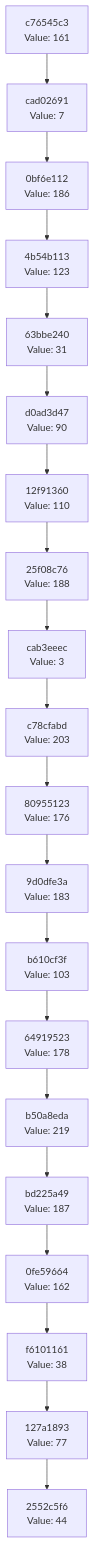
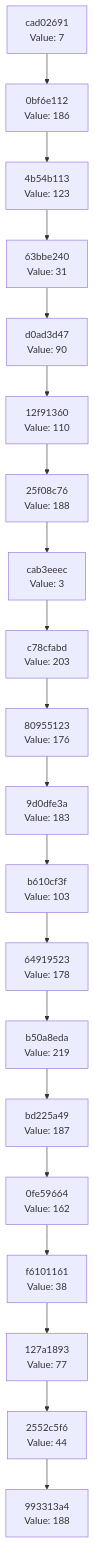
The diagram in docs/CHAIN_VISUALIZATION.md (Abhisheksinha1506/hash-chain-evolver), drawn with Mermaid before and after one commit. The commit also changed 2 other files, not shown here.

Commit message:
Evolution step: hash 0xBC → action executed

````diff
--- a/docs/CHAIN_VISUALIZATION.md
+++ b/docs/CHAIN_VISUALIZATION.md
@@ -3,42 +3,42 @@
 ```mermaid
 graph TD
-    C0["2552c5f6<br/>Value: 44"]
-    C1["127a1893<br/>Value: 77"]
+    C0["993313a4<br/>Value: 188"]
+    C1["2552c5f6<br/>Value: 44"]
     C1 --> C0
-    C2["f6101161<br/>Value: 38"]
+    C2["127a1893<br/>Value: 77"]
     C2 --> C1
-    C3["0fe59664<br/>Value: 162"]
+    C3["f6101161<br/>Value: 38"]
     C3 --> C2
-    C4["bd225a49<br/>Value: 187"]
+    C4["0fe59664<br/>Value: 162"]
     C4 --> C3
-    C5["b50a8eda<br/>Value: 219"]
+    C5["bd225a49<br/>Value: 187"]
     C5 --> C4
-    C6["64919523<br/>Value: 178"]
+    C6["b50a8eda<br/>Value: 219"]
     C6 --> C5
-    C7["b610cf3f<br/>Value: 103"]
+    C7["64919523<br/>Value: 178"]
     C7 --> C6
-    C8["9d0dfe3a<br/>Value: 183"]
+    C8["b610cf3f<br/>Value: 103"]
     C8 --> C7
-    C9["80955123<br/>Value: 176"]
+    C9["9d0dfe3a<br/>Value: 183"]
     C9 --> C8
-    C10["c78cfabd<br/>Value: 203"]
+    C10["80955123<br/>Value: 176"]
     C10 --> C9
-    C11["cab3eeec<br/>Value: 3"]
+    C11["c78cfabd<br/>Value: 203"]
     C11 --> C10
-    C12["25f08c76<br/>Value: 188"]
+    C12["cab3eeec<br/>Value: 3"]
     C12 --> C11
-    C13["12f91360<br/>Value: 110"]
+    C13["25f08c76<br/>Value: 188"]
     C13 --> C12
-    C14["d0ad3d47<br/>Value: 90"]
+    C14["12f91360<br/>Value: 110"]
     C14 --> C13
-    C15["63bbe240<br/>Value: 31"]
+    C15["d0ad3d47<br/>Value: 90"]
     C15 --> C14
-    C16["4b54b113<br/>Value: 123"]
+    C16["63bbe240<br/>Value: 31"]
     C16 --> C15
-    C17["0bf6e112<br/>Value: 186"]
+    C17["4b54b113<br/>Value: 123"]
     C17 --> C16
-    C18["cad02691<br/>Value: 7"]
+    C18["0bf6e112<br/>Value: 186"]
     C18 --> C17
-    C19["c76545c3<br/>Value: 161"]
+    C19["cad02691<br/>Value: 7"]
     C19 --> C18
 ```
````
